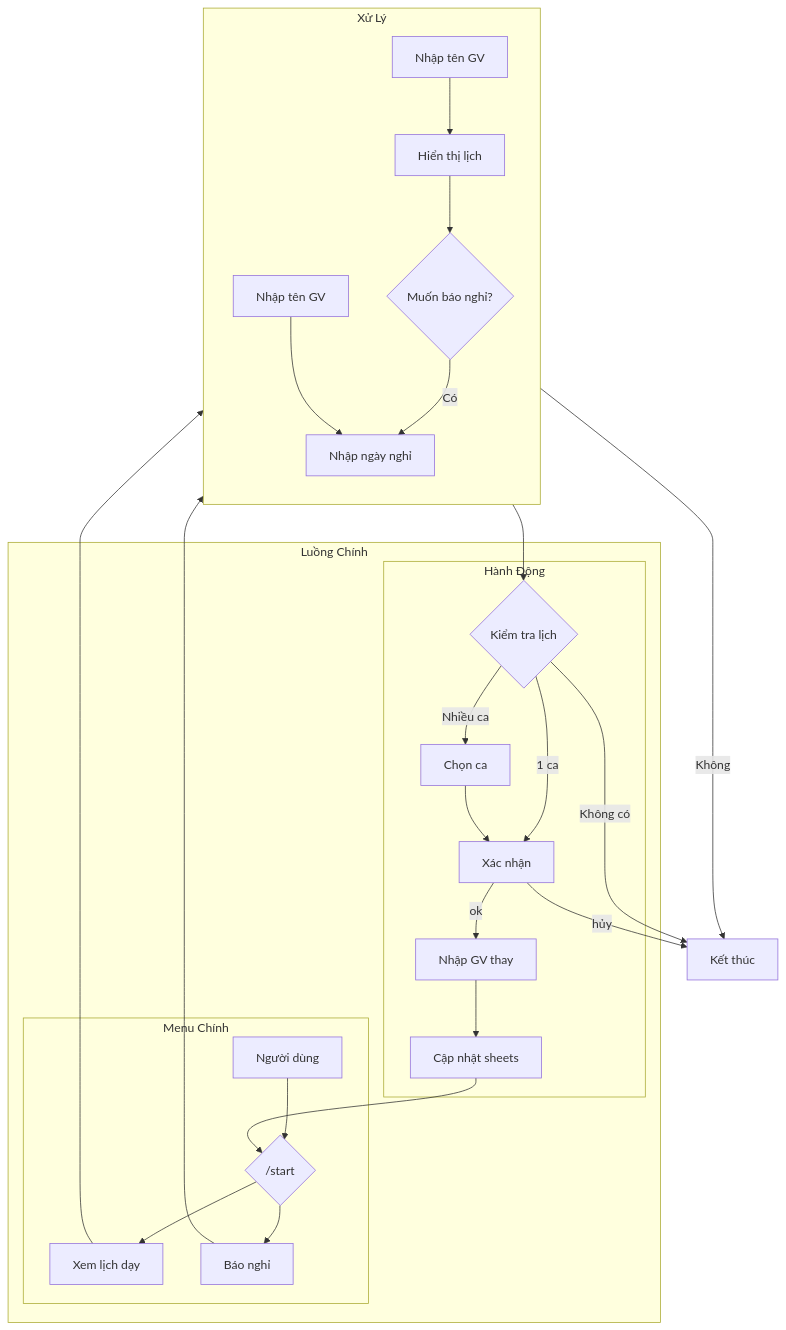
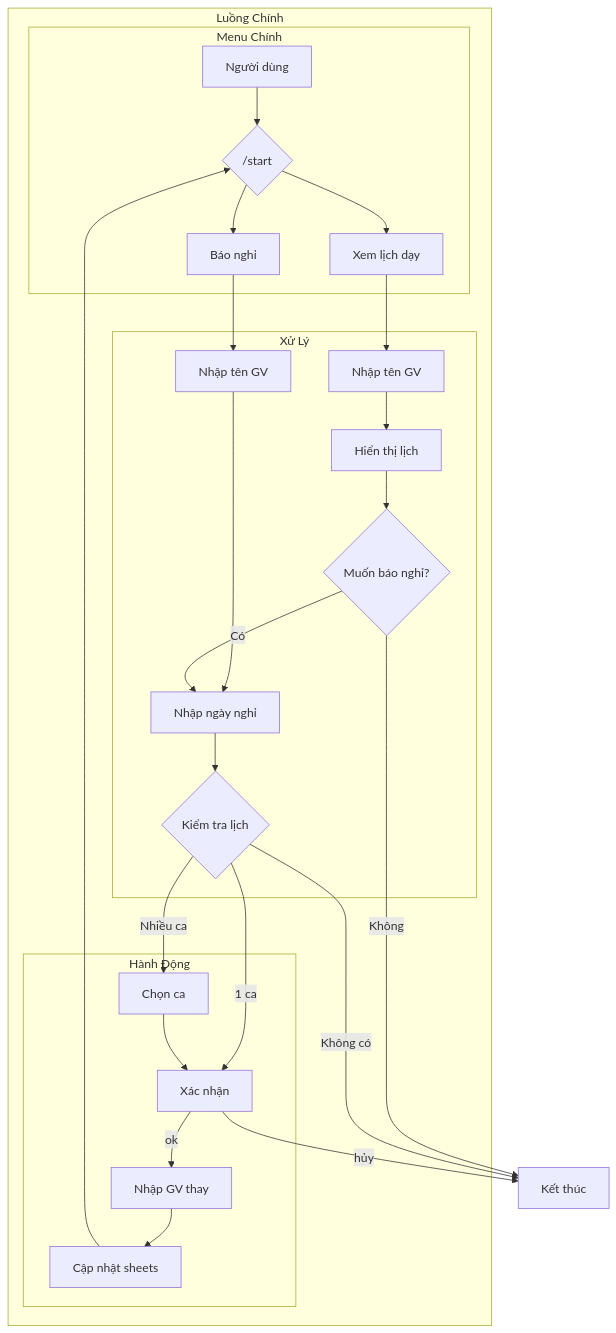
One commit to let-shyn-cook/TeacherBot-Assistant changed the diagram in readme.md. Above: the diagram before and after it, drawn with Mermaid.

````diff
--- a/readme.md
+++ b/readme.md
@@ -117,26 +117,26 @@
 ```mermaid
 flowchart TB
     subgraph Left["Luồng Chính"]
         subgraph Menu["Menu Chính"]
             A[Người dùng] --> B{/start}
             B --> C[Xem lịch dạy]
             B --> D[Báo nghỉ]
         end
+
+        subgraph Process["Xử Lý"]
+            C --> C1[Nhập tên GV] --> C2[Hiển thị lịch] --> C3{Muốn báo nghỉ?}
+            D --> E[Nhập tên GV] --> F[Nhập ngày nghỉ] --> G{Kiểm tra lịch}
+        end
+
         subgraph Actions["Hành Động"]
             G --> |1 ca| H[Xác nhận]
             G --> |Nhiều ca| I[Chọn ca] --> H
             H --> |ok| J[Nhập GV thay] --> K[Cập nhật sheets] --> B
         end
     end
 
-    subgraph Process["Xử Lý"]
-        direction TB
-        C --> C1[Nhập tên GV] --> C2[Hiển thị lịch] --> C3{Muốn báo nghỉ?}
-        D --> E[Nhập tên GV] --> F[Nhập ngày nghỉ] --> G{Kiểm tra lịch}
-    end
-
     C3 --> |Có| F
     C3 --> |Không| Z[Kết thúc]
     G --> |Không có| Z
     H --> |hủy| Z
 ```
````
